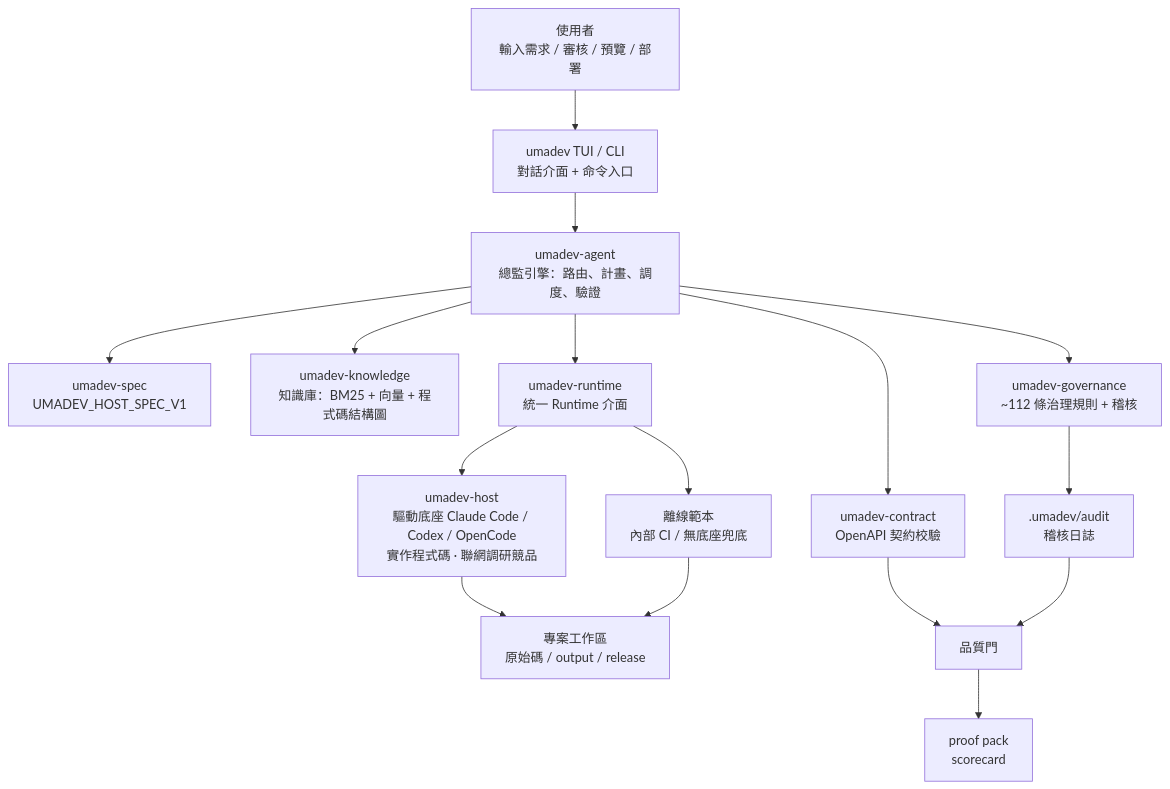
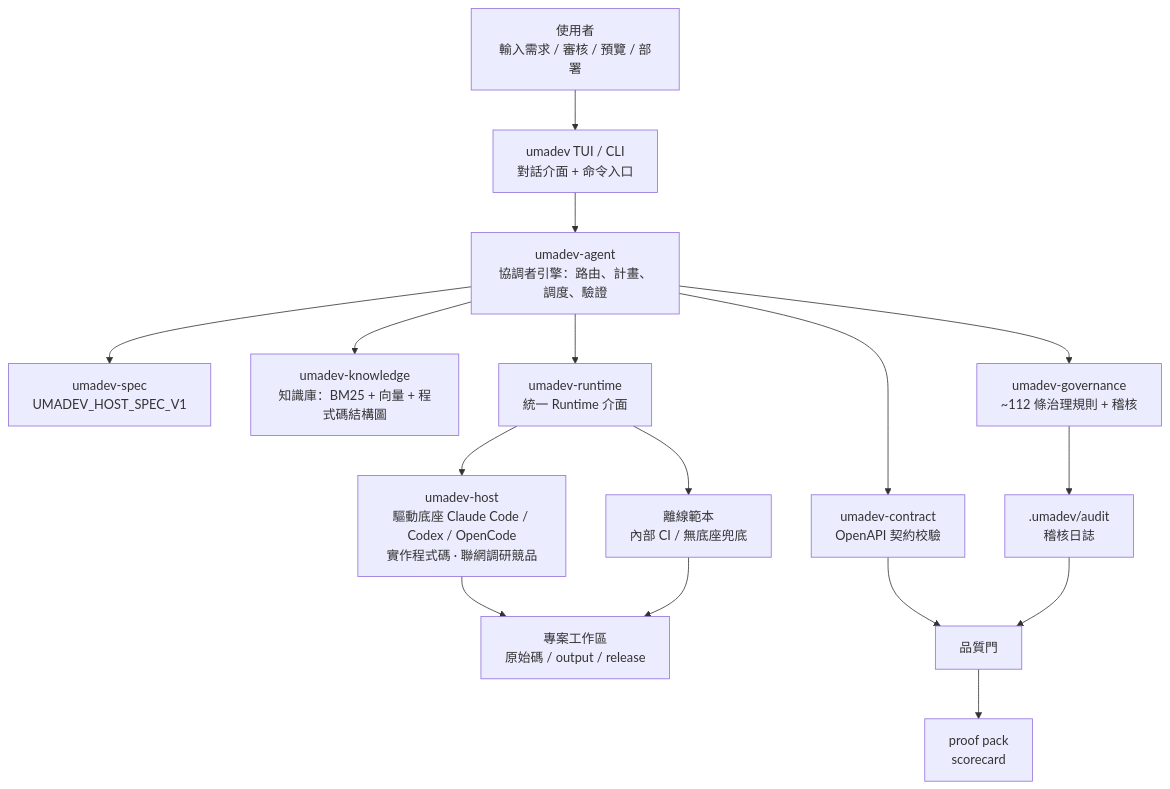
One commit to vincentke1117/umadev changed the second of 8 diagrams in README.zh-TW.md. Above: the diagram before and after it, drawn with Mermaid. The commit also changed other lines of this file and 3 other files, not shown here.

````diff
--- a/README.zh-TW.md
+++ b/README.zh-TW.md
@@ -262,23 +262,23 @@
 ```mermaid
 flowchart TB
     User["使用者<br/>輸入需求 / 審核 / 預覽 / 部署"] --> UI["umadev TUI / CLI<br/>對話介面 + 命令入口"]
 
-    UI --> Director["umadev-agent<br/>總監引擎：路由、計畫、調度、驗證"]
+    UI --> Director["umadev-agent<br/>協調者引擎：路由、計畫、調度、驗證"]
 
     Director --> Spec["umadev-spec<br/>UMADEV_HOST_SPEC_V1"]
     Director --> Knowledge["umadev-knowledge<br/>知識庫：BM25 + 向量 + 程式碼結構圖"]
     Director --> Governance["umadev-governance<br/>~112 條治理規則 + 稽核"]
     Director --> Contract["umadev-contract<br/>OpenAPI 契約校驗"]
 
     Director --> Runtime["umadev-runtime<br/>統一 Runtime 介面"]
     Runtime --> Host["umadev-host<br/>驅動底座 Claude Code / Codex / OpenCode<br/>實作程式碼 · 聯網調研競品"]
     Runtime --> Offline["離線範本<br/>內部 CI / 無底座兜底"]
 
     Host --> Workspace["專案工作區<br/>原始碼 / output / release"]
     Offline --> Workspace
 
     Governance --> Evidence[".umadev/audit<br/>稽核日誌"]
     Contract --> Quality["品質門"]
     Evidence --> Quality
     Quality --> Release["proof pack<br/>scorecard"]
 ```
````
